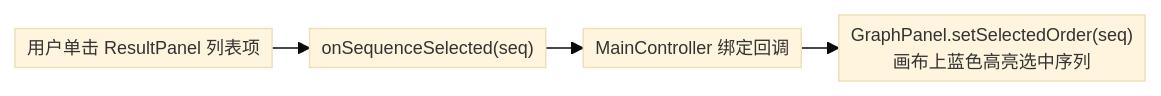
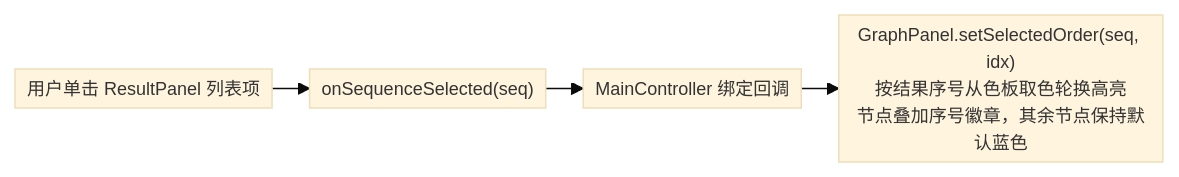
One commit to yyj138/topological-sort changed the fourth of 7 diagrams in docs/详细设计报告-GUI.md. Above: the diagram before and after it, drawn with Mermaid. The commit also changed other lines of this file and 5 other files, not shown here.

````diff
--- a/docs/详细设计报告-GUI.md
+++ b/docs/详细设计报告-GUI.md
@@ -210,7 +210,7 @@
 ```mermaid
 %%{init: {'theme':'base','themeVariables':{'fontSize':'12px'},'flowchart':{'nodeSpacing':15,'rankSpacing':25,'padding':4}}}%%
 flowchart LR
     U["用户单击 ResultPanel 列表项"] --> L["onSequenceSelected(seq)"]
     L --> M["MainController 绑定回调"]
-    M --> G["GraphPanel.setSelectedOrder(seq)<br/>画布上蓝色高亮选中序列"]
+    M --> G["GraphPanel.setSelectedOrder(seq, idx)<br/>按结果序号从色板取色轮换高亮<br/>节点叠加序号徽章，其余节点保持默认蓝色"]
 ```
````
